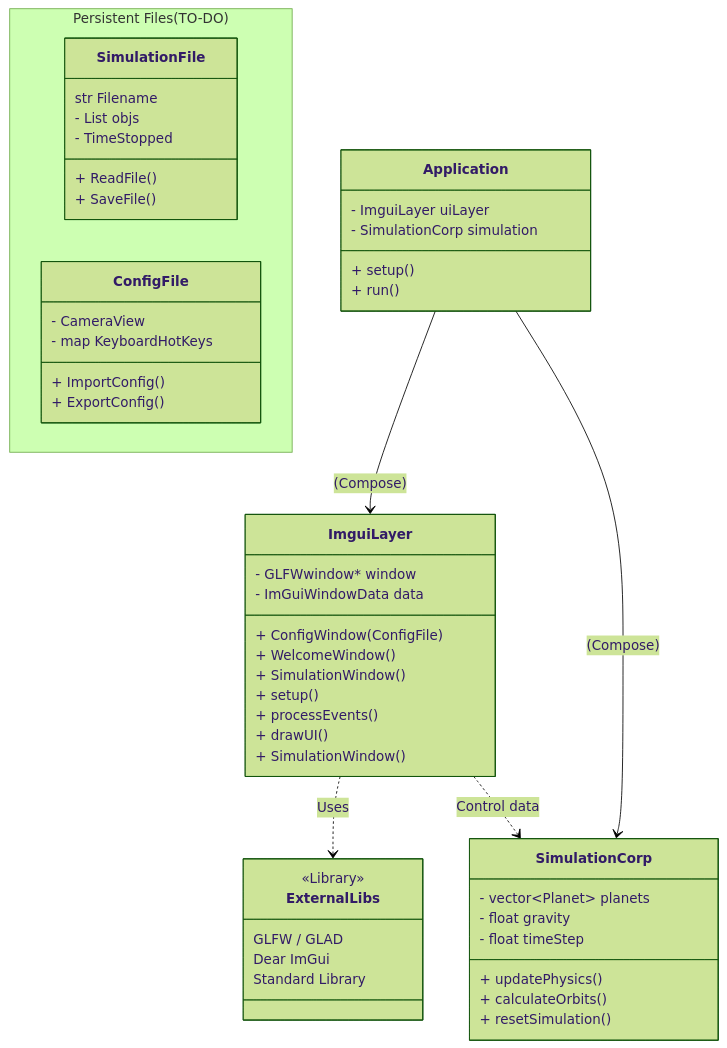
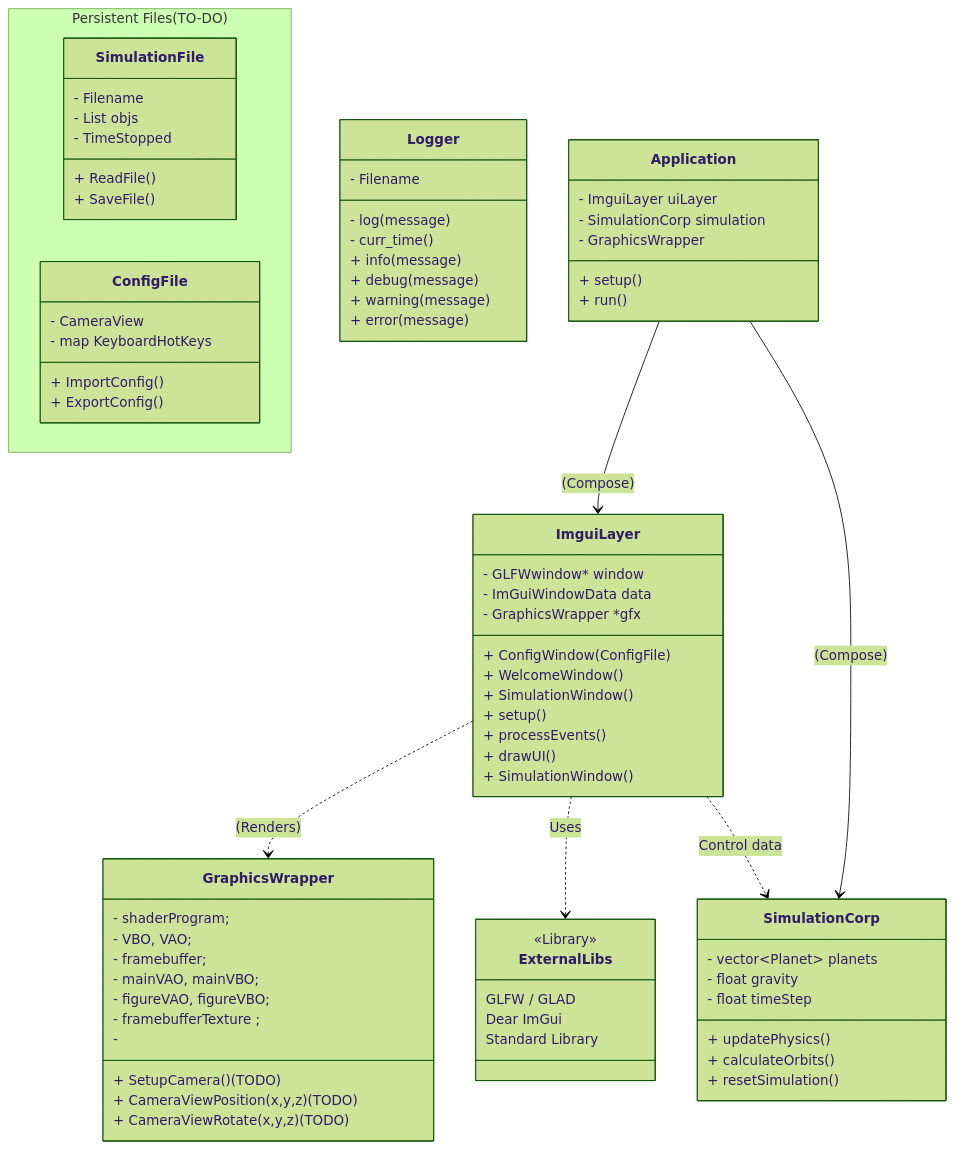
One commit to MBGustav/PlanetarySystem changed the diagram in README.md. Above: the diagram before and after it, drawn with Mermaid (forest theme). The commit also changed other lines of this file and 5 other files, not shown here.

````diff
--- a/README.md
+++ b/README.md
@@ -9,33 +9,62 @@
 ```mermaid
 classDiagram
 direction TB
-	namespace `Persistent Files(TO-DO)` {
-        class SimulationFile {
-	        str Filename
-	        - List objs
-	        - TimeStopped
-	        + ReadFile()
-	        + SaveFile()
-        }
+namespace `Persistent Files(TO-DO)` {
+	class SimulationFile {
+		- Filename
+		- List objs
+		- TimeStopped
+		+ ReadFile()
+		+ SaveFile()
+	}
 
-    class ConfigFile {
+    class ConfigFile{
         - CameraView
         - map<char, cmd> KeyboardHotKeys
         + ImportConfig()
         + ExportConfig()
     }
+}
 
-	}
+	class Logger{
+        - Filename
+        - log(message)
+		- curr_time()
+        + info(message)
+        + debug(message)
+		+ warning(message)
+		+ error(message)
+    }
+
     class Application {
 	    - ImguiLayer uiLayer
 	    - SimulationCorp simulation
+		- GraphicsWrapper
 	    + setup()
 	    + run()
     }
 
+    class GraphicsWrapper {
+		- shaderProgram;
+		- VBO, VAO;
+		- framebuffer;
+		- mainVAO, mainVBO;
+		- figureVAO, figureVBO;
+		- framebufferTexture ;
+		- 
+
+
+
+	    + SetupCamera() (TODO)
+		+ CameraViewPosition(x,y,z) (TODO)
+		+ CameraViewRotate(x,y,z) (TODO)
+    }
+
+
     class ImguiLayer {
 	    - GLFWwindow* window
 	    - ImGuiWindowData data
+		- GraphicsWrapper *gfx
         + ConfigWindow(ConfigFile) 
         + WelcomeWindow()
         + SimulationWindow()
@@ -63,8 +92,9 @@
 
 	<<Library>> ExternalLibs
 
-    Application --> ImguiLayer : (Compose)
-    Application --> SimulationCorp : (Compose)
-    ImguiLayer ..> ExternalLibs : Uses
-    ImguiLayer ..> SimulationCorp : Control data
+    Application      --> ImguiLayer : (Compose)
+    Application      --> SimulationCorp : (Compose)
+	ImguiLayer       ..> GraphicsWrapper : (Renders)
+    ImguiLayer       ..> ExternalLibs : Uses
+    ImguiLayer       ..> SimulationCorp : Control data
 ```
````
